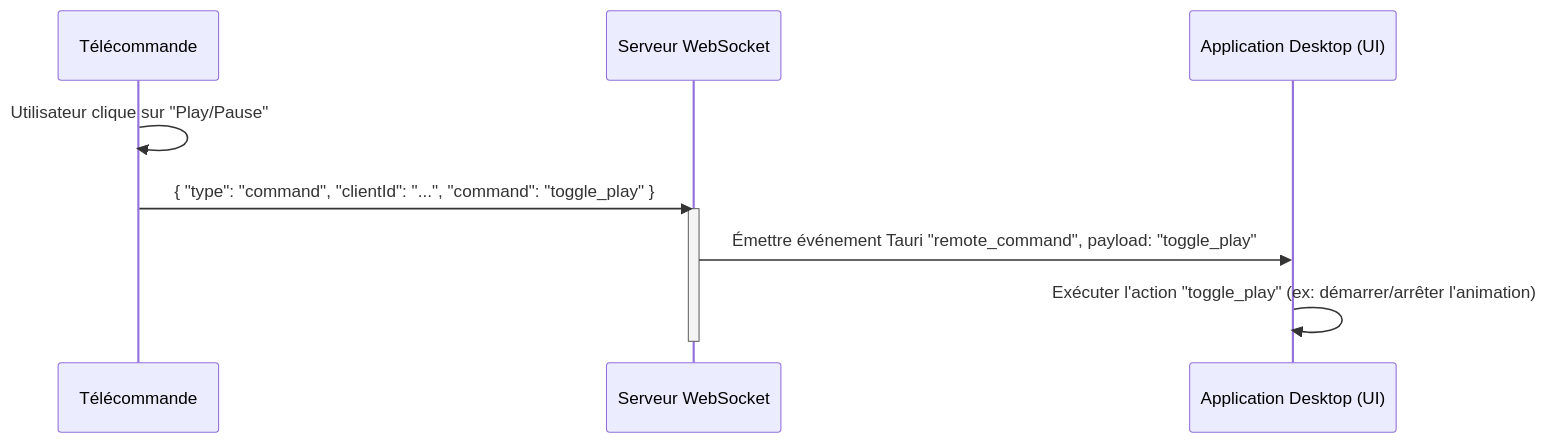
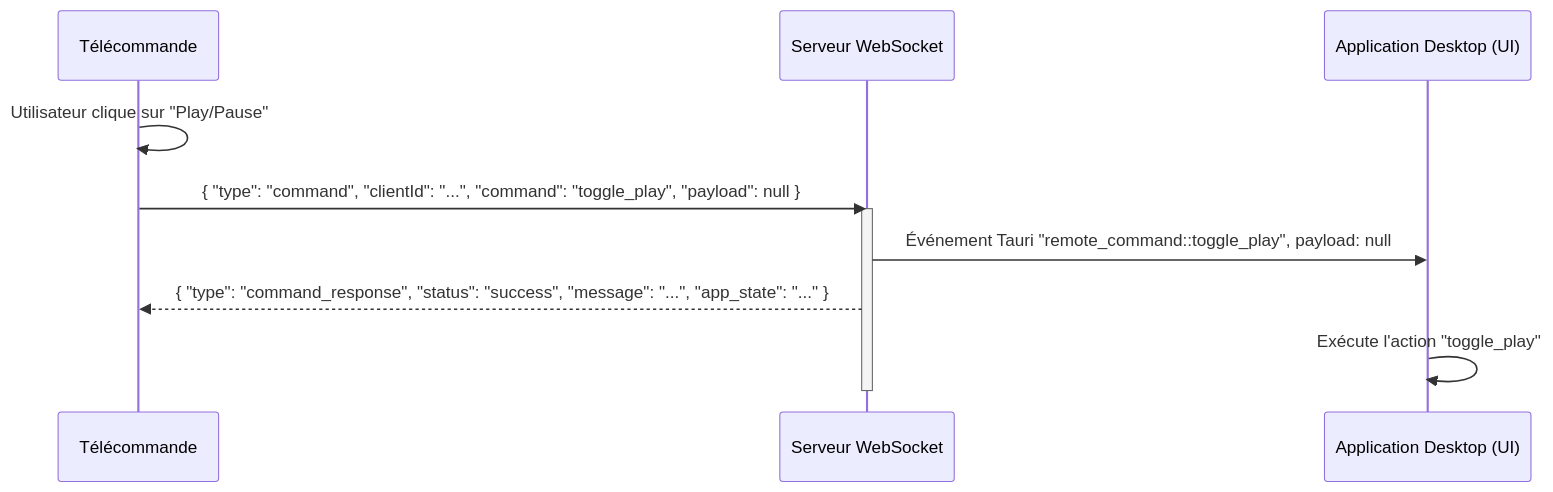
Before and after one commit to JMBaubet/VisuGPS: the seventh of 8 diagrams in documentation/remote_interface_spec.md, drawn with Mermaid. The commit also changed other lines of this file and 1 other file, not shown here.

````diff
--- a/documentation/remote_interface_spec.md
+++ b/documentation/remote_interface_spec.md
@@ -152,13 +183,14 @@
 ```mermaid
 sequenceDiagram
     participant Client as Télécommande
     participant Server as Serveur WebSocket
     participant DesktopUI as Application Desktop (UI)
 
     Client->>Client: Utilisateur clique sur "Play/Pause"
-    Client->>Server: { "type": "command", "clientId": "...", "command": "toggle_play" }
+    Client->>Server: { "type": "command", "clientId": "...", "command": "toggle_play", "payload": null }
     activate Server
-    Server->>DesktopUI: Émettre événement Tauri "remote_command", payload: "toggle_play"
-    DesktopUI->>DesktopUI: Exécuter l'action "toggle_play" (ex: démarrer/arrêter l'animation)
+    Server->>DesktopUI: Événement Tauri "remote_command::toggle_play", payload: null
+    Server-->>Client: { "type": "command_response", "status": "success", "message": "...", "app_state": "..." }
+    DesktopUI->>DesktopUI: Exécute l'action "toggle_play"
     deactivate Server
 ```
````
